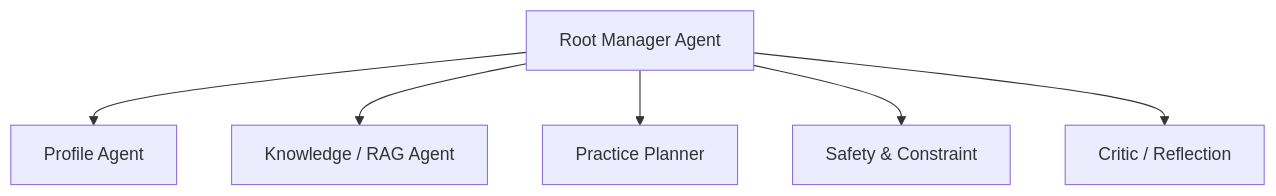
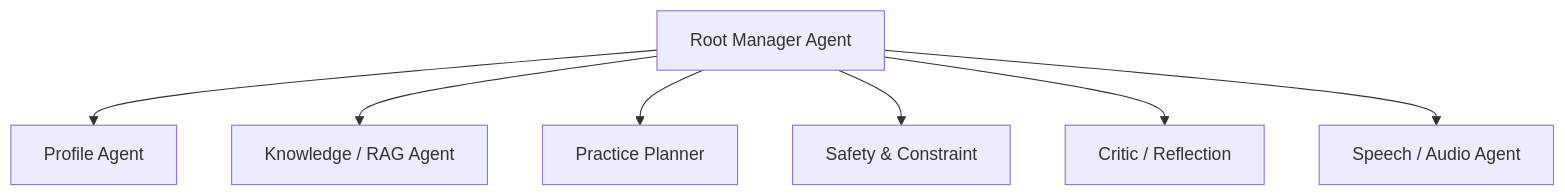
The fifth of 31 diagrams in PLAN.md (ojhaprathmesh/YogaSutra_Repo), drawn with Mermaid before and after one commit. The commit also changed other lines of this file, not shown here.

Commit message:
docs(plan): update PLAN.md with multimodal roadmap and mark phase-1 definition of done

````diff
--- a/PLAN.md
+++ b/PLAN.md
@@ -440,10 +507,11 @@
 ``` mermaid
 flowchart TD
     R["Root Manager Agent"]
 
     R --> P["Profile Agent"]
     R --> K["Knowledge / RAG Agent"]
     R --> PL["Practice Planner"]
     R --> SV["Safety & Constraint"]
     R --> CR["Critic / Reflection"]
+    R --> SA["Speech / Audio Agent"]
 ```
````
